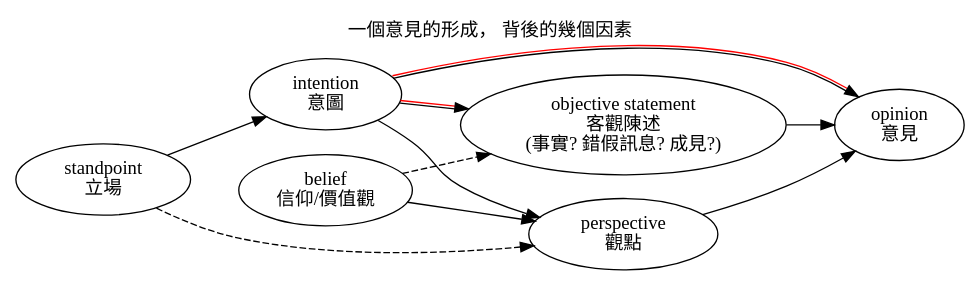
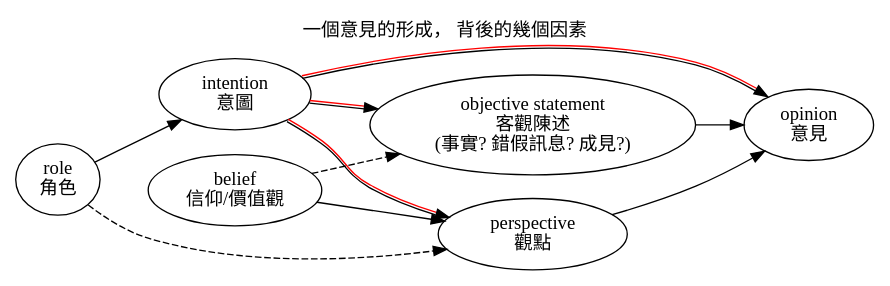
The diagram in a/m/24/opinion.dot (ckhung/ckhung.github.io), drawn with Graphviz before and after one commit. The commit also changed 1 other file, not shown here.

```diff
--- a/a/m/24/opinion.dot
+++ b/a/m/24/opinion.dot
@@ -1,25 +1,25 @@
 // dot -Tsvg graphic-workflow.dot -o graphic-workflow.svg
 digraph "一個意見的形成， 背後的幾個因素" {
 
     label = "一個意見的形成， 背後的幾個因素";
     labelloc = "t";
     rankdir = "LR";
     overlap = scale;
     compound = true;
 
     belief [ label="belief\n信仰/價值觀" ];
-    standpoint [ label="standpoint\n立場" ];
+    role [ label="role\n角色" ];
     perspective [ label="perspective\n觀點" ];
     opinion [ label="opinion\n意見" ];
     intention [ label="intention\n意圖" ];
     obj_statement [ label="objective statement\n客觀陳述\n(事實? 錯假訊息? 成見?)" ];
 
     belief -> perspective;
     belief -> obj_statement [ style="dashed" ];
-    intention -> perspective;
-    standpoint -> intention;
+    intention -> perspective [ color="black:red" ];
+    role -> intention;
     { perspective obj_statement } -> opinion;
-    standpoint -> perspective [ style="dashed" ];
+    role -> perspective [ style="dashed" ];
     intention -> opinion [ color="black:red" ];
     intention -> obj_statement [ color="black:red" ];
 }
```
